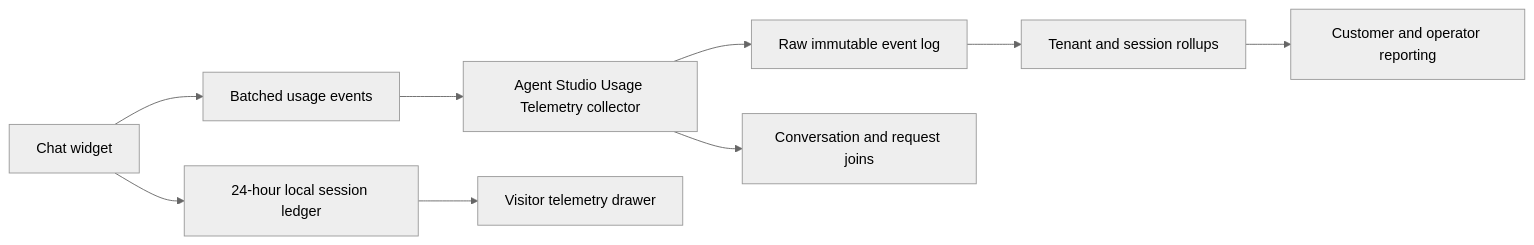
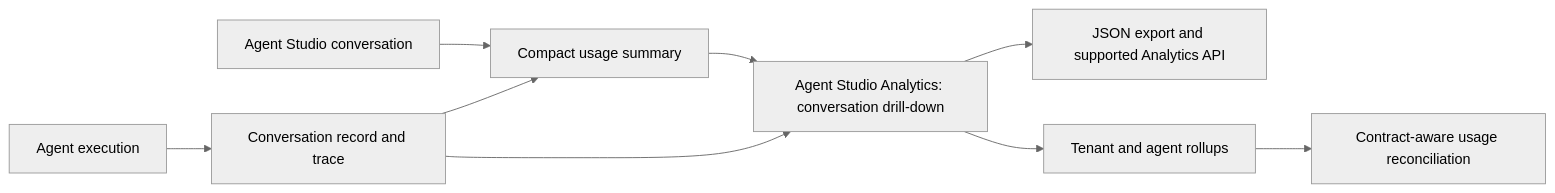
Before and after one commit to arijitchowdhury80/content-engagement: the diagram in docs/30-models/agent-studio-usage-telemetry-rd-proposal.md, drawn with Mermaid (neutral theme). The commit also changed other lines of this file, not shown here.

Commit message:
docs: align telemetry proposal with Agent Studio

````diff
--- a/docs/30-models/agent-studio-usage-telemetry-rd-proposal.md
+++ b/docs/30-models/agent-studio-usage-telemetry-rd-proposal.md
@@ -129,11 +131,11 @@
-```mermaid
+~~~mermaid
 flowchart LR
-  W["Chat widget"] --> L["24-hour local session ledger"]
-  W --> B["Batched usage events"]
-  B --> C["Agent Studio Usage Telemetry collector"]
-  C --> R["Raw immutable event log"]
-  R --> A["Tenant and session rollups"]
-  L --> D["Visitor telemetry drawer"]
-  A --> O["Customer and operator reporting"]
-  C --> J["Conversation and request joins"]
-```
+  C["Agent Studio conversation"] --> S["Compact usage summary"]
+  S --> A["Agent Studio Analytics: conversation drill-down"]
+  E["Agent execution"] --> R["Conversation record and trace"]
+  R --> S
+  R --> A
+  A --> X["JSON export and supported Analytics API"]
+  A --> U["Tenant and agent rollups"]
+  U --> B["Contract-aware usage reconciliation"]
+~~~
````
